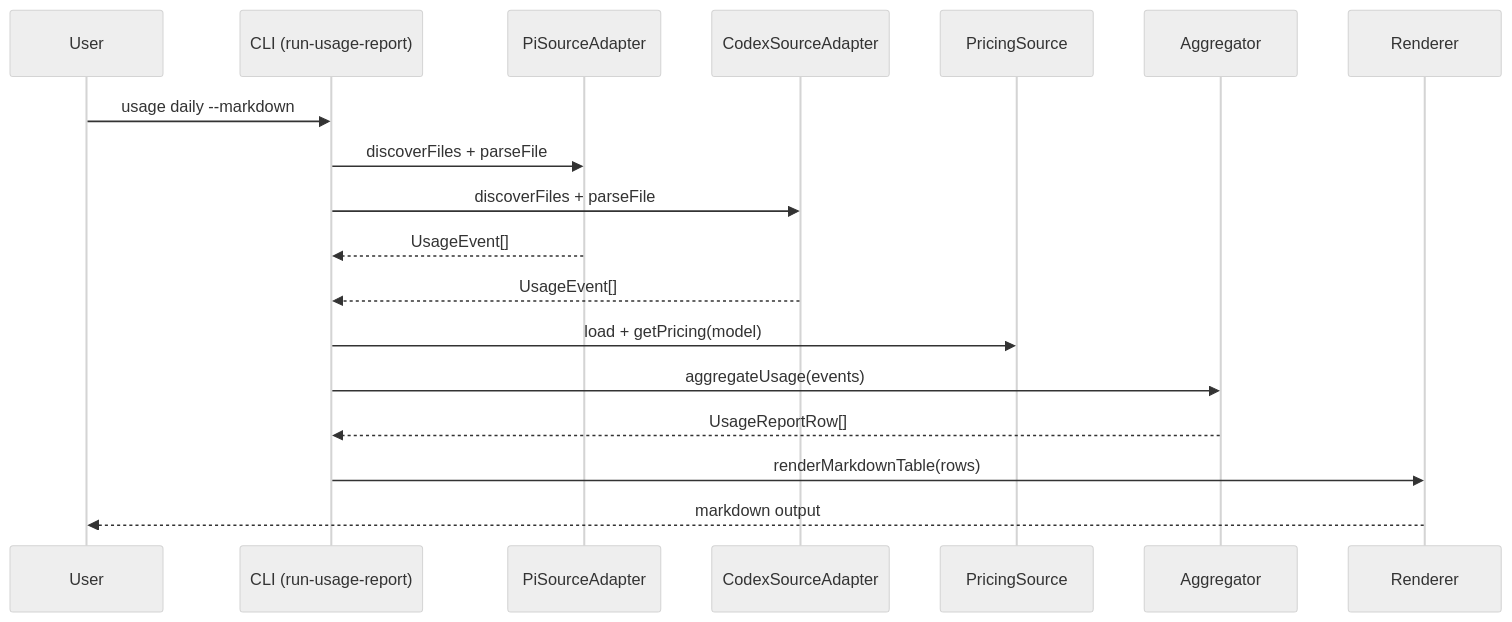
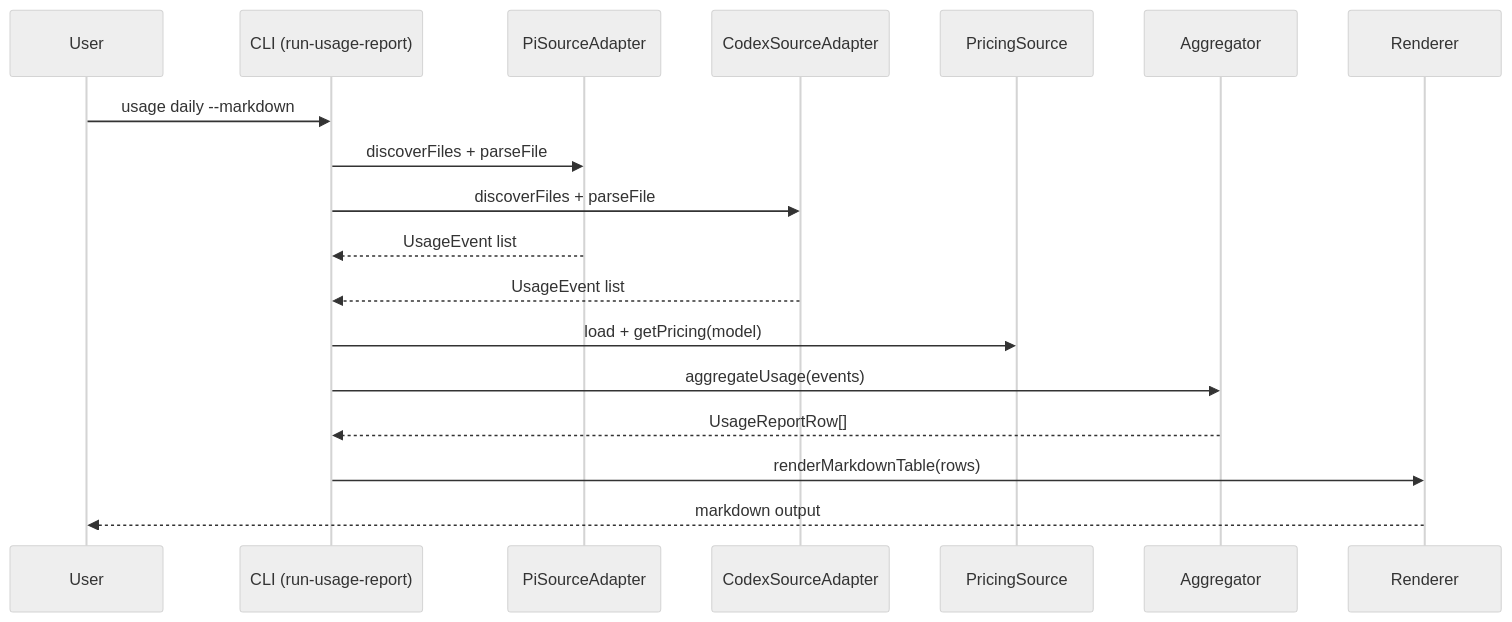
One commit to ben-vargas/ai-llm-usage-metrics changed the second of 2 diagrams in docs/architecture.md. Above: the diagram before and after it, drawn with Mermaid (neutral theme). The commit also changed other lines of this file, not shown here.

Commit message:
docs(architecture): fix mermaid

````diff
--- a/docs/architecture.md
+++ b/docs/architecture.md
@@ -26,21 +26,21 @@
 ```mermaid
 sequenceDiagram
     participant User
     participant CLI as CLI (run-usage-report)
     participant PI as PiSourceAdapter
     participant CX as CodexSourceAdapter
     participant PR as PricingSource
     participant AG as Aggregator
     participant RD as Renderer
 
     User->>CLI: usage daily --markdown
     CLI->>PI: discoverFiles + parseFile
     CLI->>CX: discoverFiles + parseFile
-    PI-->>CLI: UsageEvent[]
-    CX-->>CLI: UsageEvent[]
+    PI-->>CLI: UsageEvent list
+    CX-->>CLI: UsageEvent list
     CLI->>PR: load + getPricing(model)
     CLI->>AG: aggregateUsage(events)
     AG-->>CLI: UsageReportRow[]
     CLI->>RD: renderMarkdownTable(rows)
     RD-->>User: markdown output
 ```
````
